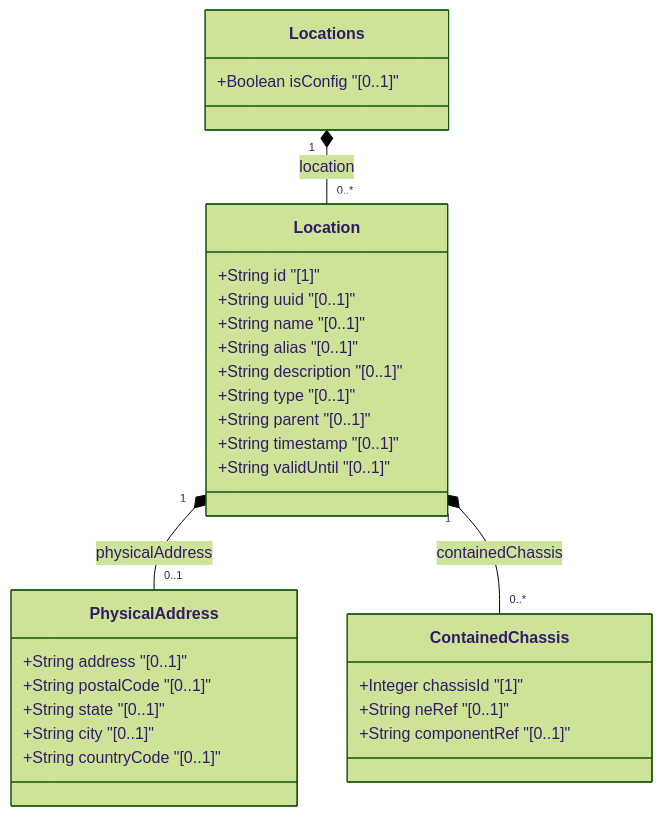
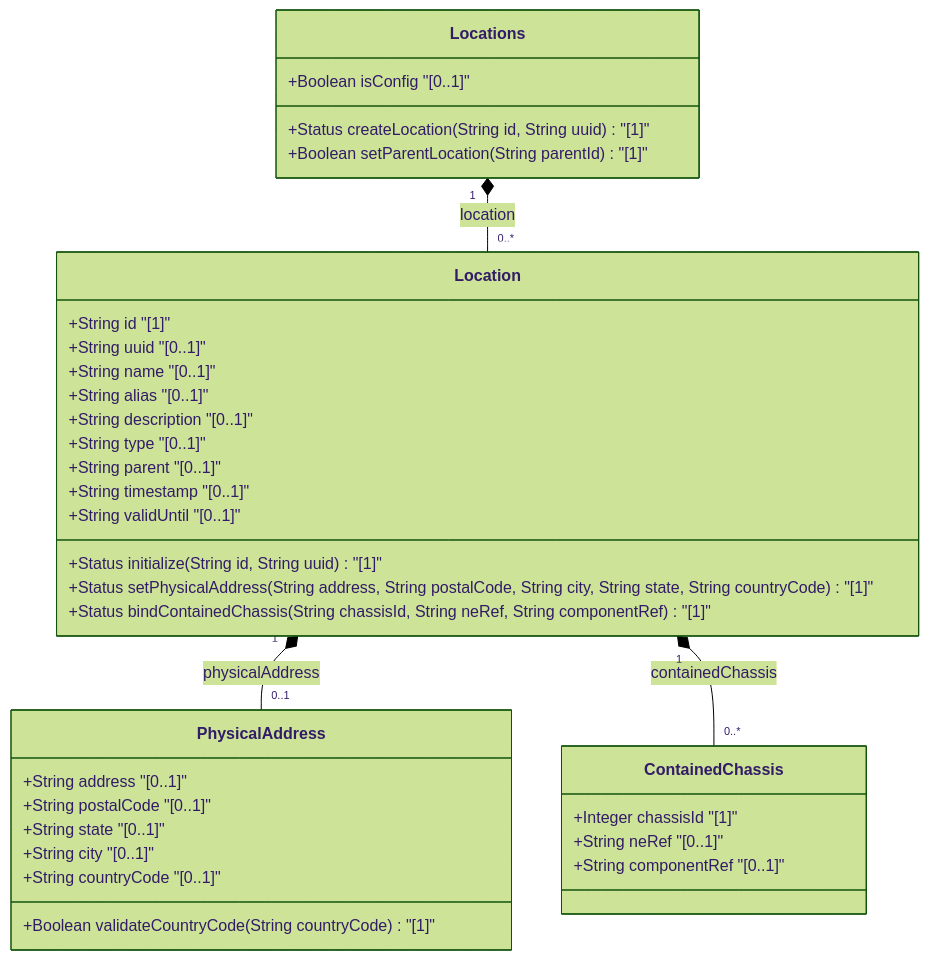
The diagram in docs/features/feat-13-location-inventory-base-and-postal-address.md (gintatkinson/3dgs-037), drawn with Mermaid (forest theme) before and after one commit. The commit also changed 144 other files, not shown here.

````diff
--- a/docs/features/feat-13-location-inventory-base-and-postal-address.md
+++ b/docs/features/feat-13-location-inventory-base-and-postal-address.md
@@ -23,32 +23,38 @@
 ```mermaid
 classDiagram
     class Locations {
         +Boolean isConfig "[0..1]"
+        +Status createLocation(String id, String uuid) "[1]"
+        +Boolean setParentLocation(String parentId) "[1]"
     }
     class Location {
         +String id "[1]"
         +String uuid "[0..1]"
         +String name "[0..1]"
         +String alias "[0..1]"
         +String description "[0..1]"
         +String type "[0..1]"
         +String parent "[0..1]"
         +String timestamp "[0..1]"
         +String validUntil "[0..1]"
+        +Status initialize(String id, String uuid) "[1]"
+        +Status setPhysicalAddress(String address, String postalCode, String city, String state, String countryCode) "[1]"
+        +Status bindContainedChassis(String chassisId, String neRef, String componentRef) "[1]"
     }
     class PhysicalAddress {
         +String address "[0..1]"
         +String postalCode "[0..1]"
         +String state "[0..1]"
         +String city "[0..1]"
         +String countryCode "[0..1]"
+        +Boolean validateCountryCode(String countryCode) "[1]"
     }
     class ContainedChassis {
         +Integer chassisId "[1]"
         +String neRef "[0..1]"
         +String componentRef "[0..1]"
     }
     Locations "1" *-- "0..*" Location : location
     Location "1" *-- "0..1" PhysicalAddress : physicalAddress
     Location "1" *-- "0..*" ContainedChassis : containedChassis
 ```
````
